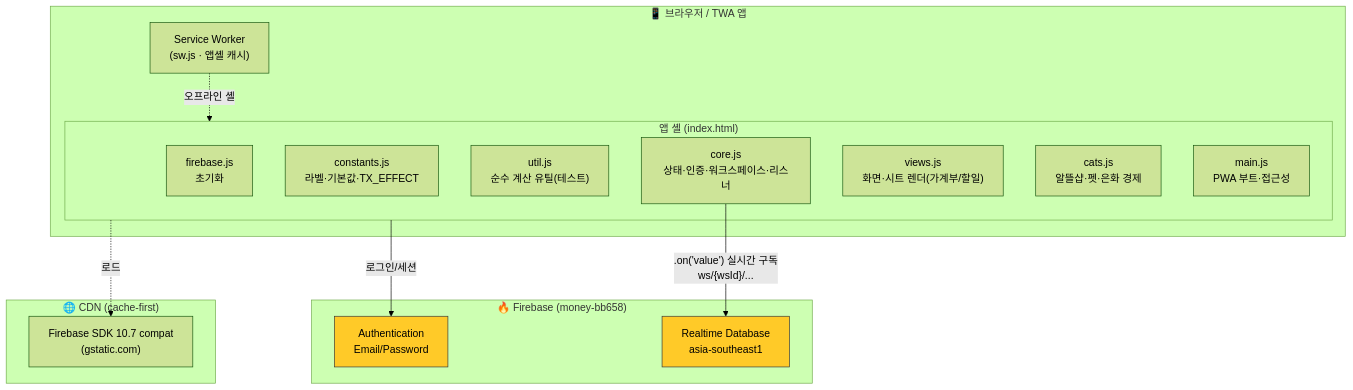
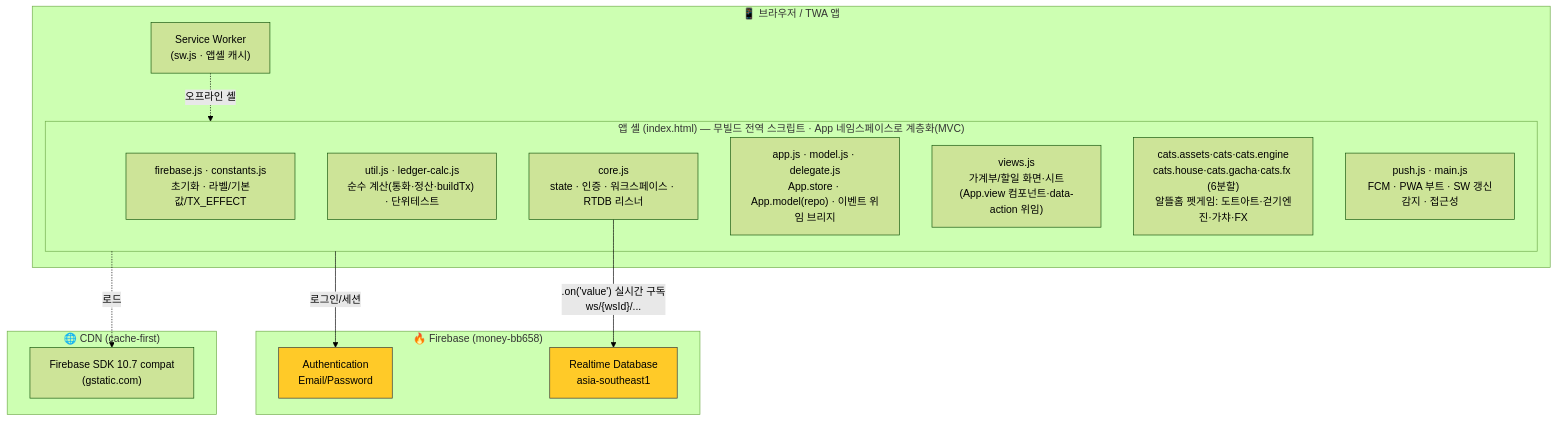
The first of 5 diagrams in docs/architecture.md (iambulb/accountbook), drawn with Mermaid (forest theme) before and after one commit. The commit also changed other lines of this file and 4 other files, not shown here.

First line of the commit message:
docs(dev): MVC 무빌드 리팩토링 반영 — README·architecture·code-structure·development·docs 목차 최신화

````diff
--- a/docs/architecture.md
+++ b/docs/architecture.md
@@ -7,32 +7,32 @@
 ```mermaid
 graph TB
     subgraph Client["📱 브라우저 / TWA 앱"]
         SW["Service Worker<br/>(sw.js · 앱셸 캐시)"]
-        subgraph Shell["앱 셸 (index.html)"]
-            FB["firebase.js<br/>초기화"]
-            CONST["constants.js<br/>라벨·기본값·TX_EFFECT"]
-            UTIL["util.js<br/>순수 계산 유틸(테스트)"]
-            CORE["core.js<br/>상태·인증·워크스페이스·리스너"]
-            VIEWS["views.js<br/>화면·시트 렌더(가계부/할일)"]
-            CATS["cats.js<br/>알뜰샵·펫·은화 경제"]
-            MAIN["main.js<br/>PWA 부트·접근성"]
+        subgraph Shell["앱 셸 (index.html) — 무빌드 전역 스크립트 · App 네임스페이스로 계층화(MVC)"]
+            FB["firebase.js · constants.js<br/>초기화 · 라벨/기본값/TX_EFFECT"]
+            CALC["util.js · ledger-calc.js<br/>순수 계산(통화·정산·buildTx) · 단위테스트"]
+            CORE["core.js<br/>state · 인증 · 워크스페이스 · RTDB 리스너"]
+            MVC["app.js · model.js · delegate.js<br/>App.store · App.model(repo) · 이벤트 위임 브리지"]
+            VIEWS["views.js<br/>가계부/할일 화면·시트(App.view 컴포넌트·data-action 위임)"]
+            CATS["cats.assets·cats·cats.engine<br/>cats.house·cats.gacha·cats.fx (6분할)<br/>알뜰홈 펫게임: 도트아트·걷기엔진·가챠·FX"]
+            MAIN["push.js · main.js<br/>FCM · PWA 부트 · SW 갱신감지 · 접근성"]
         end
     end
 
     subgraph CDN["🌐 CDN (cache-first)"]
         FBSDK["Firebase SDK 10.7 compat<br/>(gstatic.com)"]
     end
 
     subgraph Firebase["🔥 Firebase (money-bb658)"]
         AUTH["Authentication<br/>Email/Password"]
         RTDB["Realtime Database<br/>asia-southeast1"]
     end
 
     Shell -->|로그인/세션| AUTH
     CORE -->|".on('value') 실시간 구독<br/>ws/{wsId}/..."| RTDB
     Shell -.->|로드| FBSDK
     SW -.->|오프라인 셸| Shell
 
     classDef fb fill:#ffca28,stroke:#333,color:#000
     class AUTH,RTDB fb
 ```
````
